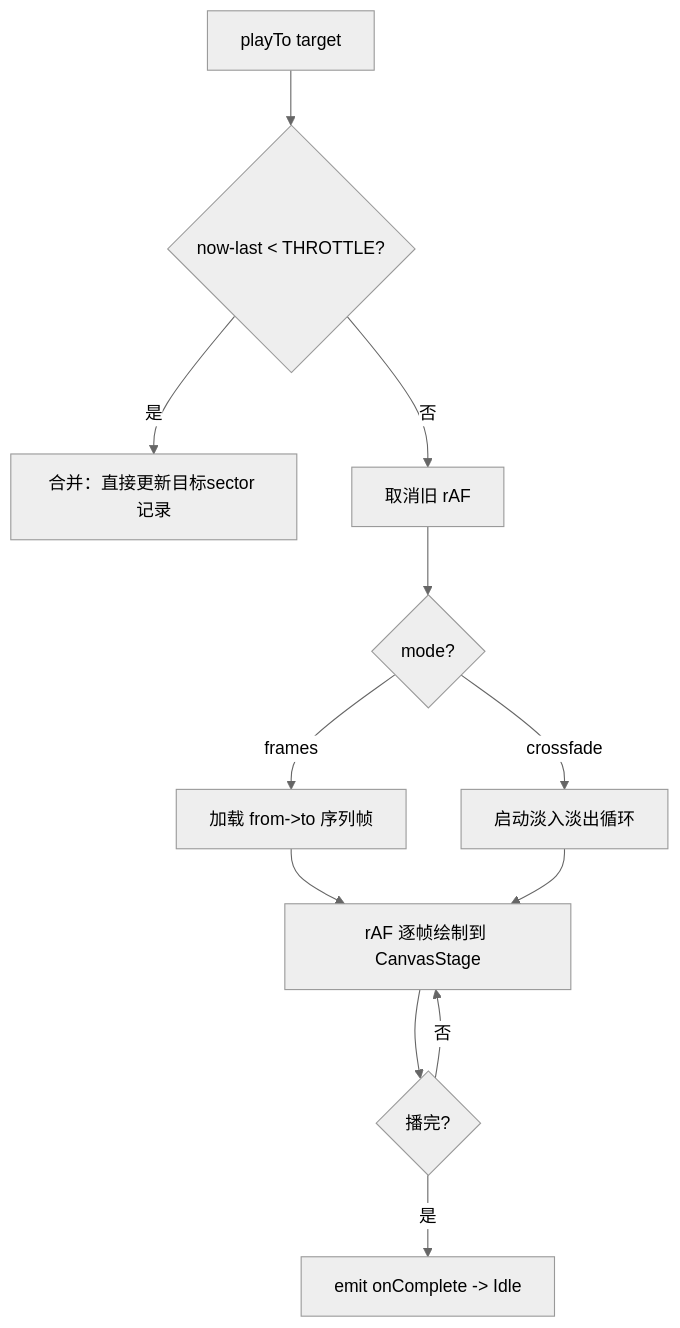
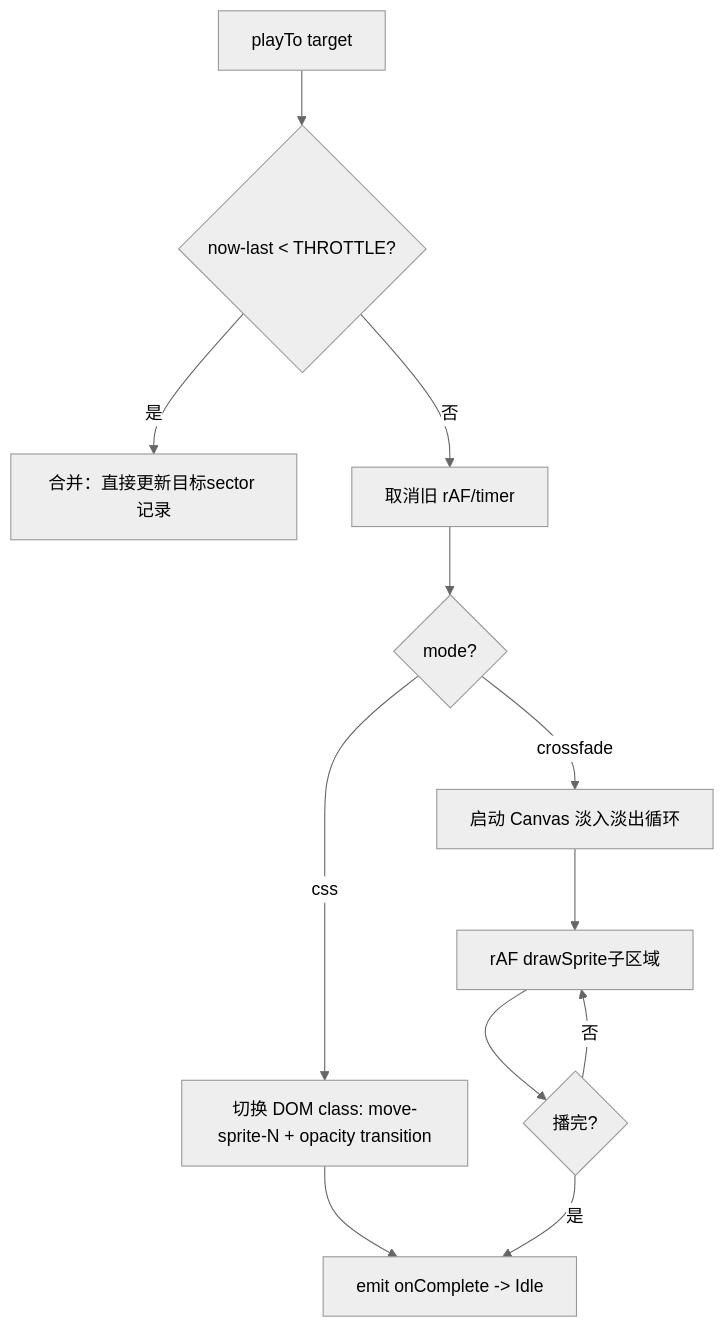
Before and after one commit to sher2018/cat_eyeing_mouse: diagram 28 of 59 in doc/2.detailed_design_specification.md, drawn with Mermaid (neutral theme). The commit also changed other lines of this file and 25 other files, not shown here.

````diff
--- a/doc/2.detailed_design_specification.md
+++ b/doc/2.detailed_design_specification.md
@@ -875,14 +961,14 @@
 ```mermaid
 flowchart TD
     A[playTo target] --> B{now-last < THROTTLE?}
     B -- 是 --> C[合并：直接更新目标sector 记录]
-    B -- 否 --> D[取消旧 rAF]
+    B -- 否 --> D[取消旧 rAF/timer]
     D --> E{mode?}
-    E -- frames --> F[加载 from->to 序列帧]
-    E -- crossfade --> G[启动淡入淡出循环]
-    F --> H[rAF 逐帧绘制到 CanvasStage]
-    G --> H
+    E -- css --> F[切换 DOM class: move-sprite-N + opacity transition]
+    E -- crossfade --> G[启动 Canvas 淡入淡出循环]
+    F --> J[emit onComplete -> Idle]
+    G --> H[rAF drawSprite子区域]
     H --> I{播完?}
     I -- 否 --> H
-    I -- 是 --> J[emit onComplete -> Idle]
+    I -- 是 --> J
 ```
````
